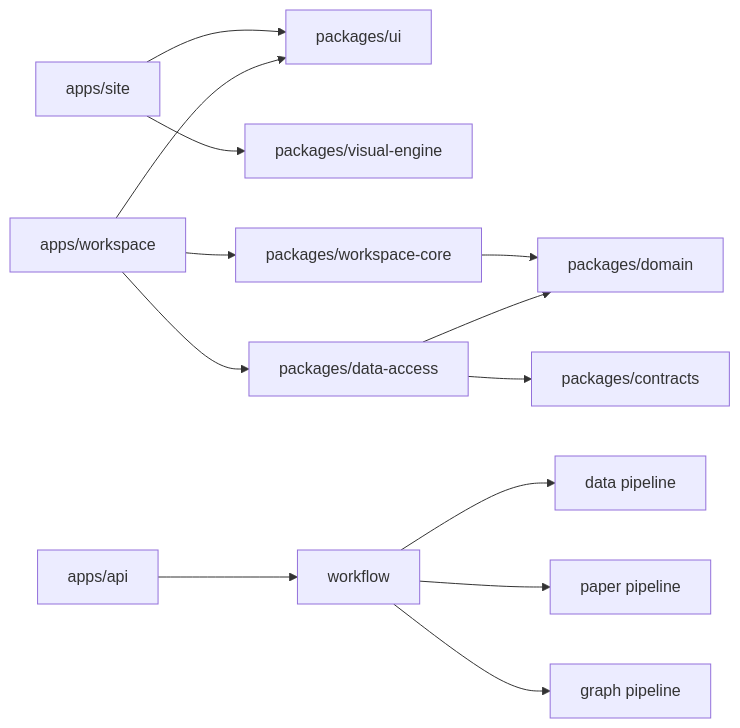
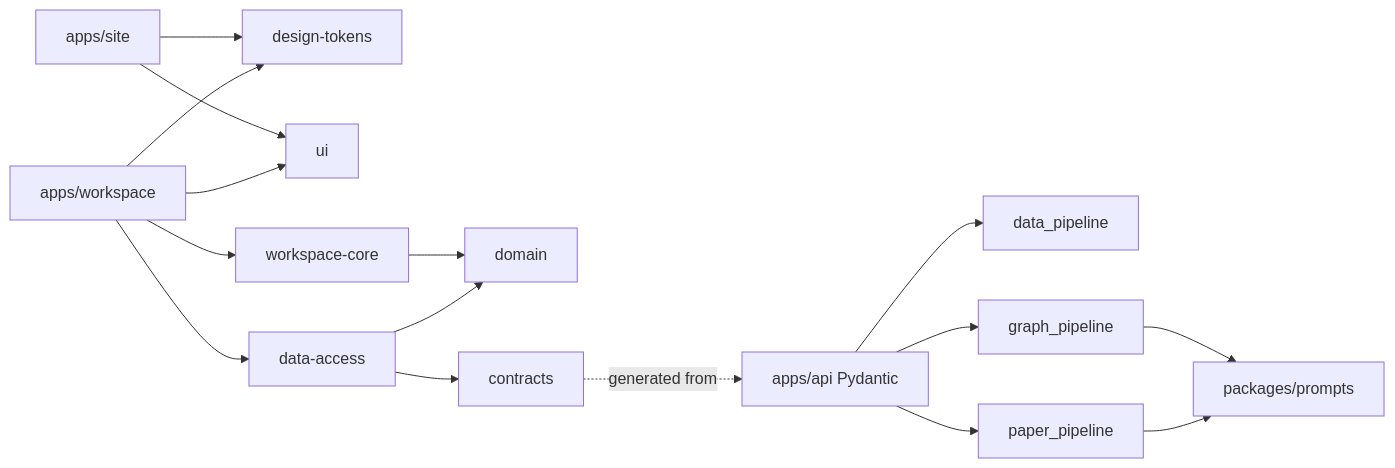
Before and after one commit to zyyyyynnn/xingwen-astro-ai: the diagram in docs/architecture/MODULES.md, drawn with Mermaid. The commit also changed other lines of this file and 30 other files, not shown here.

````diff
--- a/docs/architecture/MODULES.md
+++ b/docs/architecture/MODULES.md
@@ -37,15 +35,18 @@
 ```mermaid
 flowchart LR
-  Site["apps/site"] --> UI["packages/ui"]
-  Site --> Visual["packages/visual-engine"]
-  Workspace["apps/workspace"] --> UI
-  Workspace --> Core["packages/workspace-core"]
-  Workspace --> Access["packages/data-access"]
-  Core --> Domain["packages/domain"]
+  Site["apps/site"] --> Tokens["design-tokens"]
+  Site --> UI["ui"]
+  Workspace["apps/workspace"] --> Tokens
+  Workspace --> UI
+  Workspace --> Core["workspace-core"]
+  Workspace --> Access["data-access"]
+  Core --> Domain["domain"]
   Access --> Domain
-  Access --> Contracts["packages/contracts"]
-  API["apps/api"] --> Workflow["workflow"]
-  Workflow --> Data["data pipeline"]
-  Workflow --> Paper["paper pipeline"]
-  Workflow --> Graph["graph pipeline"]
+  Access --> Contracts["contracts"]
+  Contracts -. generated from .-> Api["apps/api Pydantic"]
+  Api --> Data["data_pipeline"]
+  Api --> Paper["paper_pipeline"]
+  Api --> Graph["graph_pipeline"]
+  Graph --> Prompts["packages/prompts"]
+  Paper --> Prompts
 ```
````
